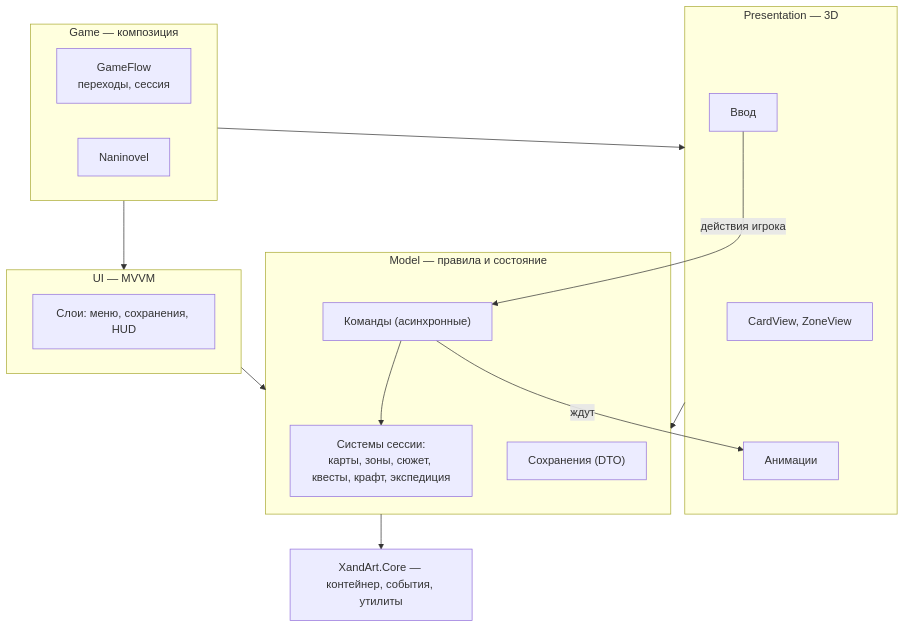
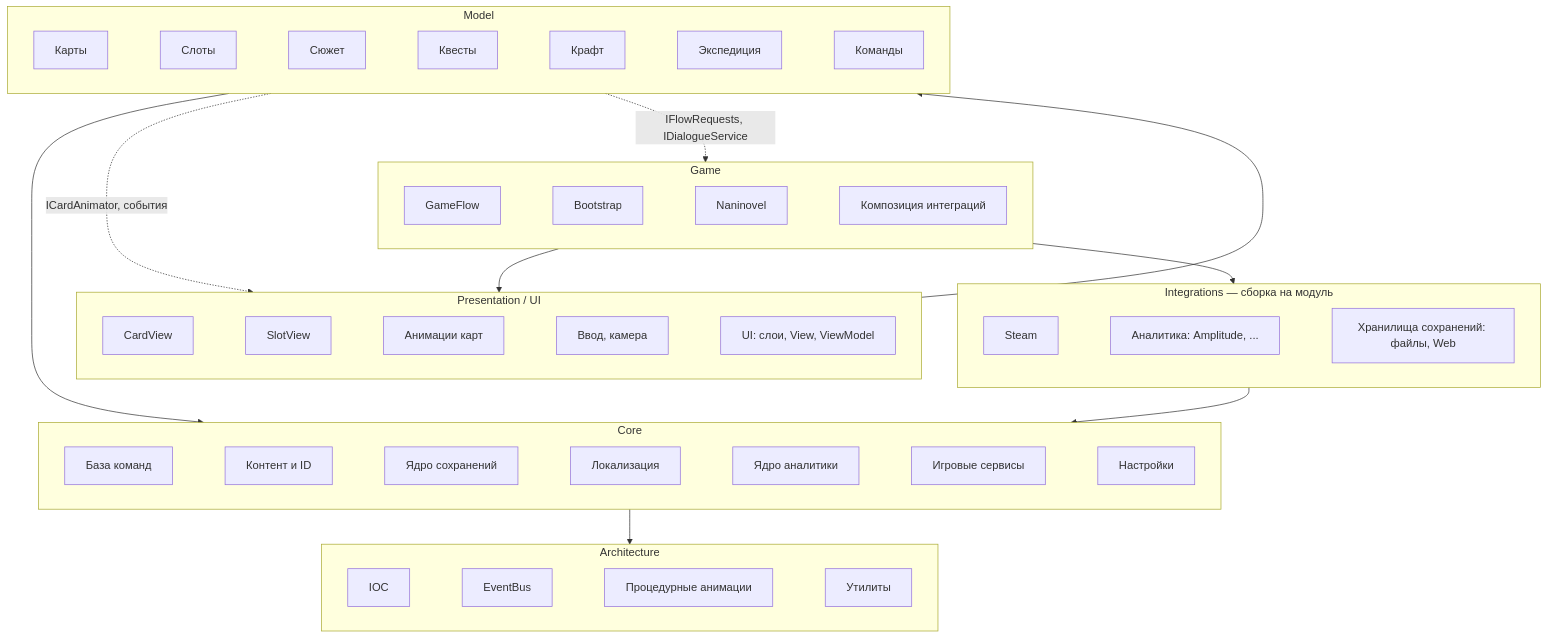
The diagram in .docs/Техническая документация/Архитектура проекта.md (Sadalmalik/TheGrowth), drawn with Mermaid before and after one commit. The commit also changed other lines of this file and 34 other files, not shown here.

Commit message:
Architecture iteration

````diff
--- a/.docs/Техническая документация/Архитектура проекта.md
+++ b/.docs/Техническая документация/Архитектура проекта.md
@@ -35,30 +35,35 @@
 ```mermaid
 flowchart TB
-    subgraph Game["Game — композиция"]
-        Flow["GameFlow<br/>переходы, сессия"]
-        Nani["Naninovel"]
+    subgraph Game["Game"]
+        direction LR
+        G1["GameFlow"] ~~~ G2["Bootstrap"] ~~~ G3["Naninovel"] ~~~ G4["Композиция интеграций"]
     end
-    subgraph UI["UI — MVVM"]
-        Layers["Слои: меню, сохранения, HUD"]
+    subgraph View["Presentation / UI"]
+        direction LR
+        P1["CardView"] ~~~ P2["SlotView"] ~~~ P3["Анимации карт"] ~~~ P4["Ввод, камера"] ~~~ U1["UI: слои, View, ViewModel"]
     end
-    subgraph Pres["Presentation — 3D"]
-        Views["CardView, ZoneView"]
-        Anim["Анимации"]
-        Input["Ввод"]
+    subgraph Model["Model"]
+        direction LR
+        M1["Карты"] ~~~ M2["Слоты"] ~~~ M3["Сюжет"] ~~~ M4["Квесты"] ~~~ M5["Крафт"] ~~~ M6["Экспедиция"] ~~~ M7["Команды"]
     end
-    subgraph Model["Model — правила и состояние"]
-        Systems["Системы сессии:<br/>карты, зоны, сюжет, квесты, крафт, экспедиция"]
-        Scripts["Команды (асинхронные)"]
-        Saves["Сохранения (DTO)"]
+    subgraph Core["Core"]
+        direction LR
+        C1["База команд"] ~~~ C2["Контент и ID"] ~~~ C3["Ядро сохранений"] ~~~ C4["Локализация"] ~~~ C5["Ядро аналитики"] ~~~ C6["Игровые сервисы"] ~~~ C7["Настройки"]
     end
-    Core["XandArt.Core — контейнер, события, утилиты"]
-
-    Game --> UI
-    Game --> Pres
-    UI --> Model
-    Pres --> Model
+    subgraph Arch["Architecture"]
+        direction LR
+        A1["IOC"] ~~~ A2["EventBus"] ~~~ A3["Процедурные анимации"] ~~~ A4["Утилиты"]
+    end
+    subgraph Integ["Integrations — сборка на модуль"]
+        direction LR
+        I1["Steam"] ~~~ I2["Аналитика: Amplitude, ..."] ~~~ I3["Хранилища сохранений: файлы, Web"]
+    end
+    Game --> View
+    View --> Model
     Model --> Core
-    Input -- "действия игрока" --> Scripts
-    Scripts --> Systems
-    Scripts -- "ждут" --> Anim
+    Core --> Arch
+    Game --> Integ
+    Integ --> Core
+    Model -.->|"ICardAnimator, события"| View
+    Model -.->|"IFlowRequests, IDialogueService"| Game
 ```
````
